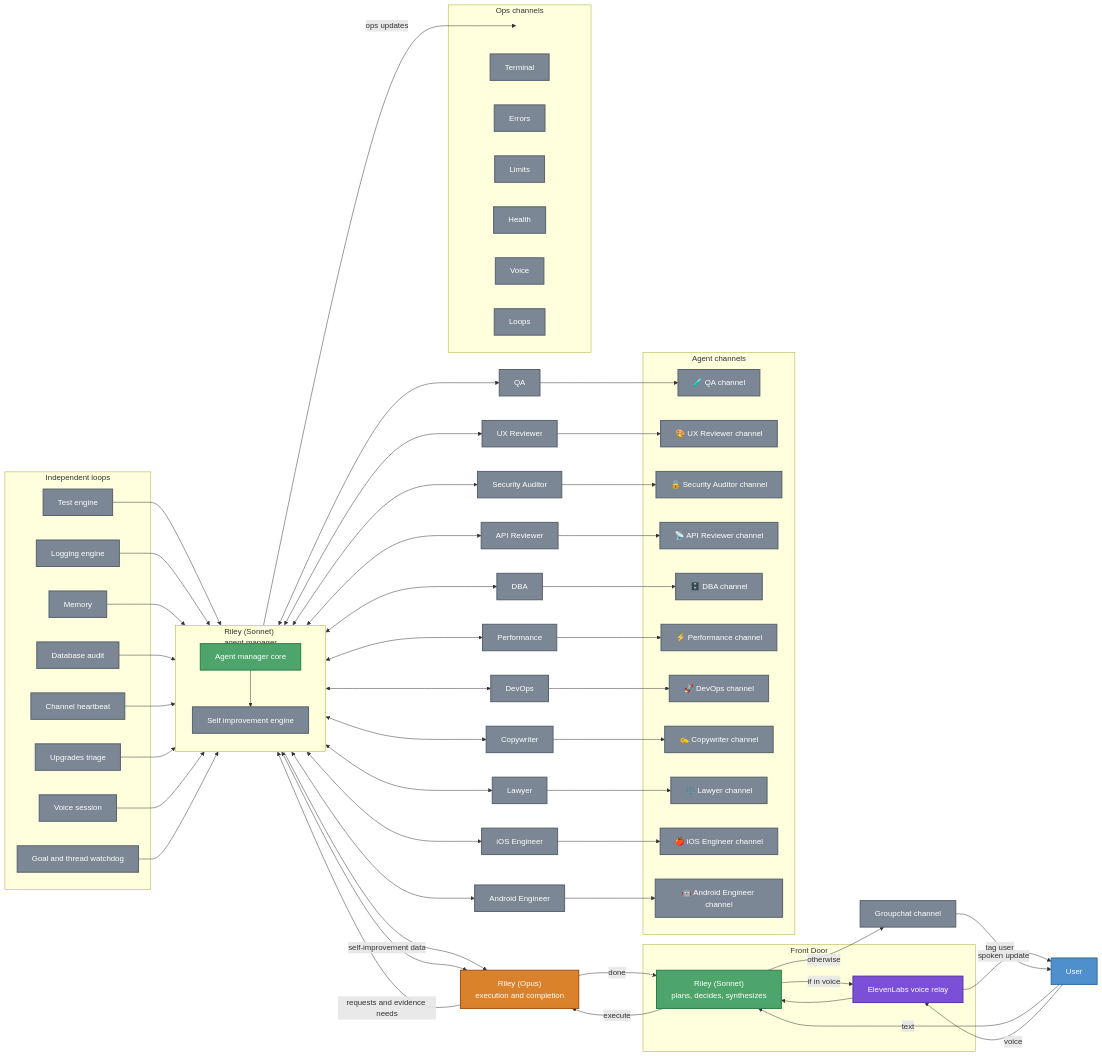
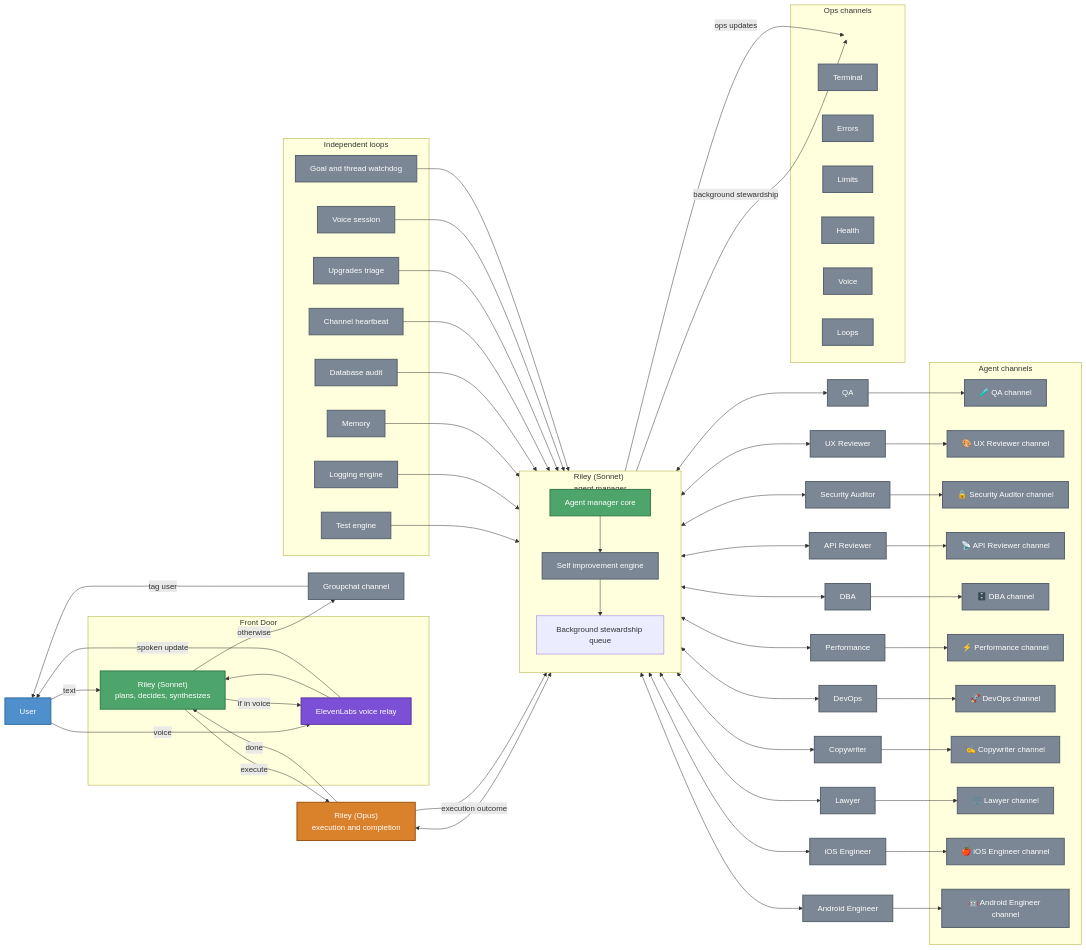
Before and after one commit to jflessenkemper/ASAP-discord: the diagram in README.md, drawn with Mermaid. The commit also changed other lines of this file and 4 other files, not shown here.

Commit message:
Queue self-improvement off user path

```diff
--- a/README.md
+++ b/README.md
@@ -56,7 +56,9 @@
         direction TB
         AgentManagerCore[Agent manager core]
         SelfImproveEngine[Self improvement engine]
+        StewardQueue[Background stewardship queue]
         AgentManagerCore --> SelfImproveEngine
+        SelfImproveEngine --> StewardQueue
     end
 
     subgraph AgentChannels[Agent channels]
@@ -121,8 +123,7 @@
     LawyerAgent --> LawyerChan
     IOSAgent --> IOSChan
     AndroidAgent --> AndroidChan
-    SelfImproveEngine -->|self-improvement data| Opus
-    Opus -->|requests and evidence needs| SelfImproveEngine
+    Opus -->|execution outcome| AgentManagerCore
     TestEngine --> SelfImproveEngine
     LoggingEngine --> SelfImproveEngine
     MemoryLoop --> SelfImproveEngine
@@ -131,6 +132,7 @@
     UpgradesTriage --> SelfImproveEngine
     VoiceSession --> SelfImproveEngine
     GoalWatchdog --> SelfImproveEngine
+    StewardQueue -->|background stewardship| OpsHub
     SelfImproveEngine -->|ops updates| OpsHub
     Opus -->|done| Riley
     Riley -->|if in voice| Voice
```
